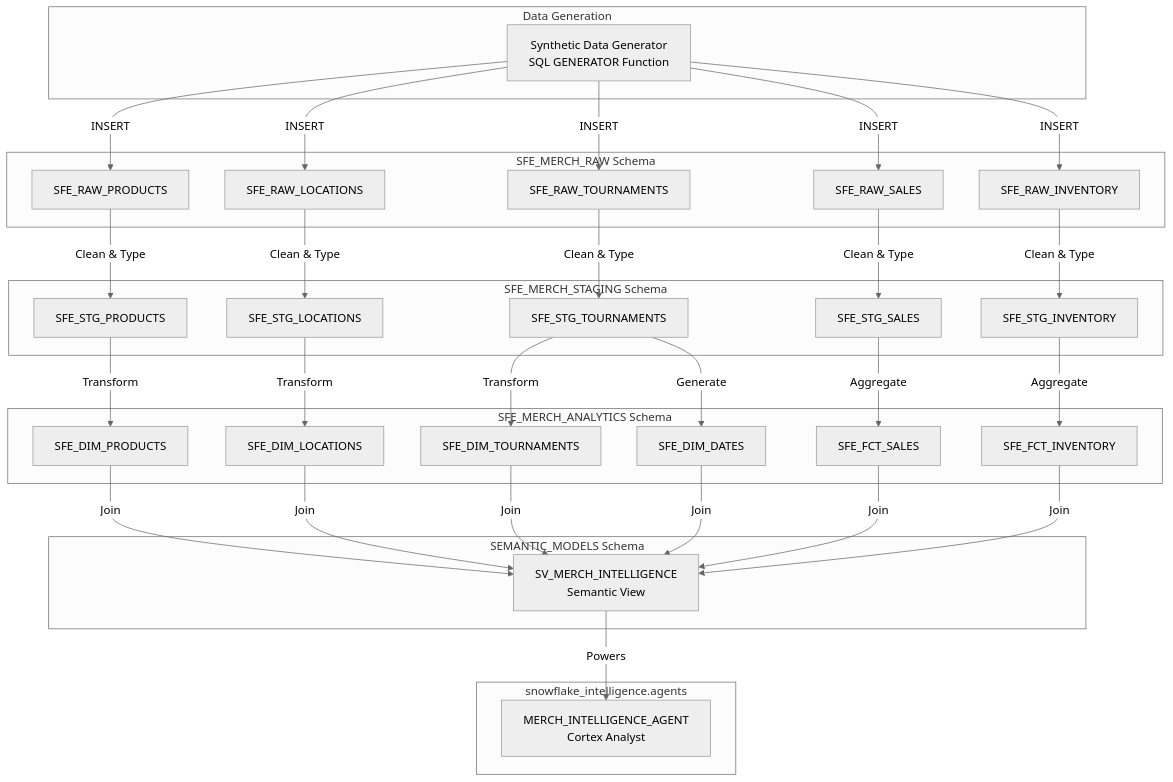
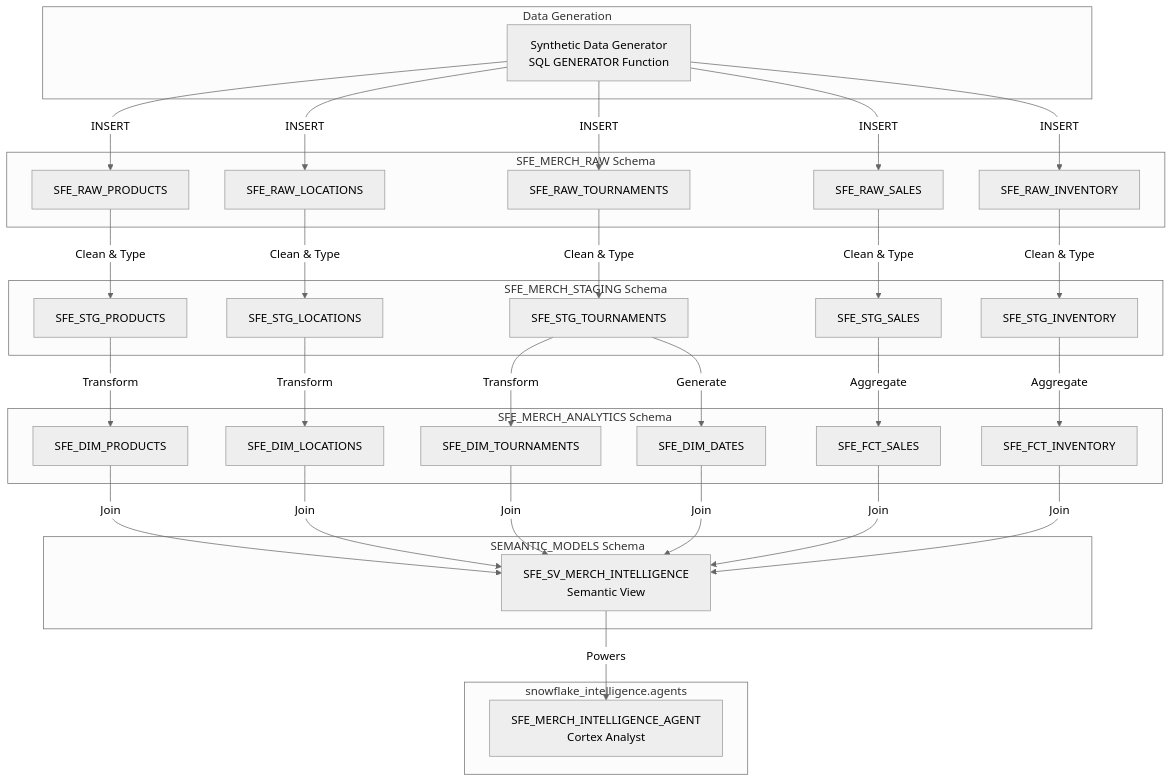
The diagram in diagrams/data-flow.md (sfc-gh-miwhitaker/merchmasters), drawn with Mermaid (neutral theme) before and after one commit. The commit also changed other lines of this file and 10 other files, not shown here.

Commit message:
Update semantic view and agent names in SQL scripts and documentation to include the 'SFE_' prefix for consistency. Adjusted references across multiple files, including deployment, usage, and cleanup scripts, to reflect the new naming convention.

````diff
--- a/diagrams/data-flow.md
+++ b/diagrams/data-flow.md
@@ -16,57 +16,57 @@
 ```mermaid
 flowchart TB
     subgraph Sources["Data Generation"]
         GEN[Synthetic Data Generator<br/>SQL GENERATOR Function]
     end
     
     subgraph RAW["SFE_MERCH_RAW Schema"]
         RP[SFE_RAW_PRODUCTS]
         RL[SFE_RAW_LOCATIONS]
         RT[SFE_RAW_TOURNAMENTS]
         RS[SFE_RAW_SALES]
         RI[SFE_RAW_INVENTORY]
     end
     
     subgraph STG["SFE_MERCH_STAGING Schema"]
         SP[SFE_STG_PRODUCTS]
         SL[SFE_STG_LOCATIONS]
         STS[SFE_STG_TOURNAMENTS]
         SS[SFE_STG_SALES]
         SI[SFE_STG_INVENTORY]
     end
     
     subgraph ANALYTICS["SFE_MERCH_ANALYTICS Schema"]
         DP[SFE_DIM_PRODUCTS]
         DL[SFE_DIM_LOCATIONS]
         DT[SFE_DIM_TOURNAMENTS]
         DD[SFE_DIM_DATES]
         FS[SFE_FCT_SALES]
         FI[SFE_FCT_INVENTORY]
     end
     
     subgraph SEMANTIC["SEMANTIC_MODELS Schema"]
-        SV[SV_MERCH_INTELLIGENCE<br/>Semantic View]
+        SV[SFE_SV_MERCH_INTELLIGENCE<br/>Semantic View]
     end
     
     subgraph AGENT["snowflake_intelligence.agents"]
-        AI[MERCH_INTELLIGENCE_AGENT<br/>Cortex Analyst]
+        AI[SFE_MERCH_INTELLIGENCE_AGENT<br/>Cortex Analyst]
     end
     
     GEN -->|INSERT| RP & RL & RT & RS & RI
     
     RP -->|Clean & Type| SP
     RL -->|Clean & Type| SL
     RT -->|Clean & Type| STS
     RS -->|Clean & Type| SS
     RI -->|Clean & Type| SI
     
     SP -->|Transform| DP
     SL -->|Transform| DL
     STS -->|Transform| DT
     STS -->|Generate| DD
     SS -->|Aggregate| FS
     SI -->|Aggregate| FI
     
     DP & DL & DT & DD & FS & FI -->|Join| SV
     SV -->|Powers| AI
 ```
````
